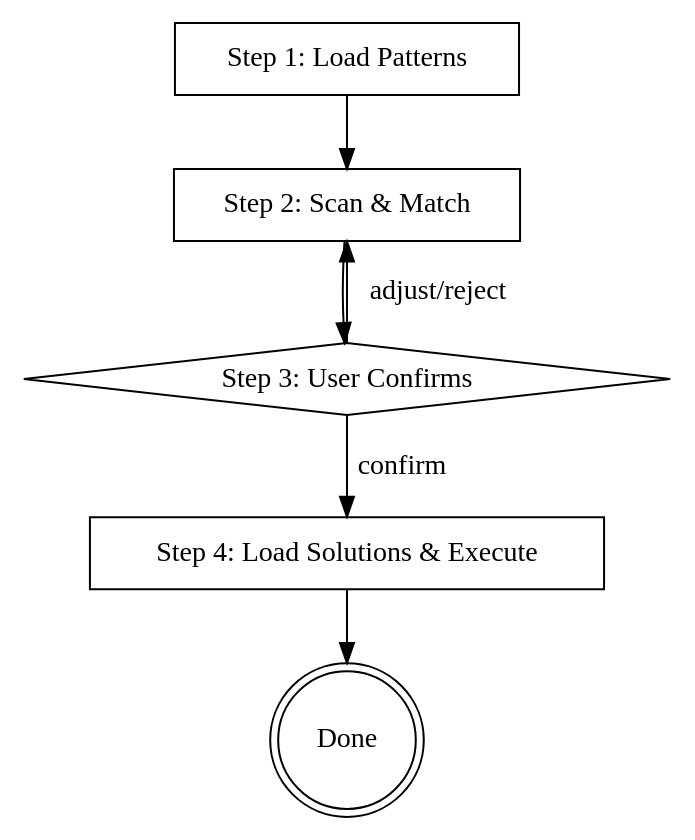
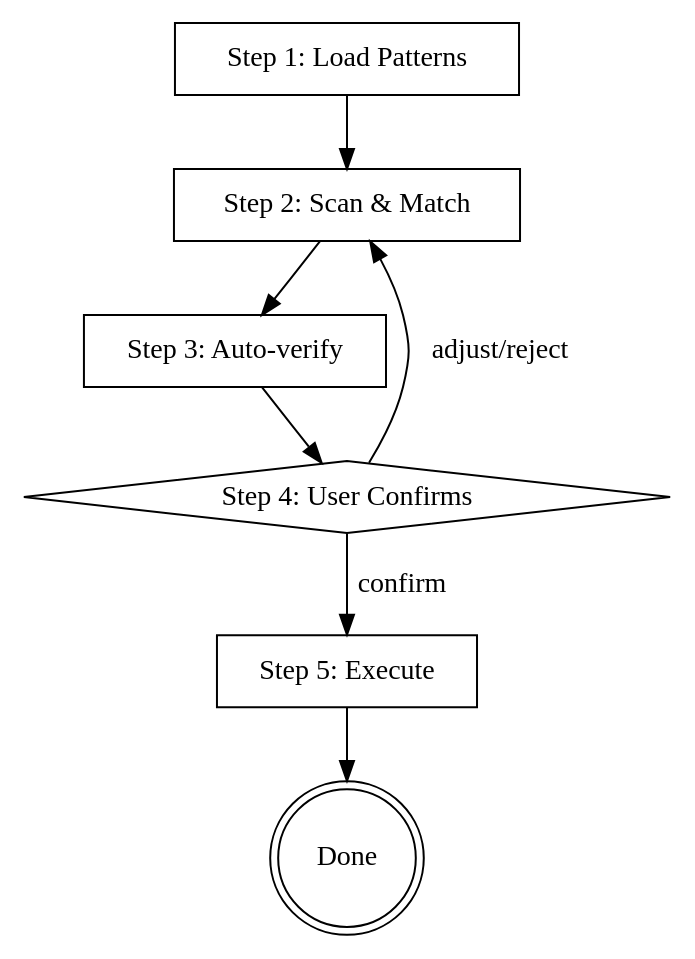
The diagram in dependency-migrator/SKILL.md (zhangCan112/my-open-skills), drawn with Graphviz before and after one commit. The commit also changed other lines of this file and 2 other files, not shown here.

First line of the commit message:
refactor: 4-step to 5-step workflow with auto-verify, move maintenance docs to README

````diff
--- a/dependency-migrator/SKILL.md
+++ b/dependency-migrator/SKILL.md
@@ -18,15 +18,17 @@
 ```dot
 digraph migrator_flow {
     "Step 1: Load Patterns" [shape=box];
     "Step 2: Scan & Match" [shape=box];
-    "Step 3: User Confirms" [shape=diamond];
-    "Step 4: Load Solutions & Execute" [shape=box];
+    "Step 3: Auto-verify" [shape=box];
+    "Step 4: User Confirms" [shape=diamond];
+    "Step 5: Execute" [shape=box];
     "Done" [shape=doublecircle];
 
     "Step 1: Load Patterns" -> "Step 2: Scan & Match";
-    "Step 2: Scan & Match" -> "Step 3: User Confirms";
-    "Step 3: User Confirms" -> "Step 2: Scan & Match" [label="adjust/reject"];
-    "Step 3: User Confirms" -> "Step 4: Load Solutions & Execute" [label="confirm"];
-    "Step 4: Load Solutions & Execute" -> "Done";
+    "Step 2: Scan & Match" -> "Step 3: Auto-verify";
+    "Step 3: Auto-verify" -> "Step 4: User Confirms";
+    "Step 4: User Confirms" -> "Step 2: Scan & Match" [label="adjust/reject"];
+    "Step 4: User Confirms" -> "Step 5: Execute" [label="confirm"];
+    "Step 5: Execute" -> "Done";
 }
 ```
````
